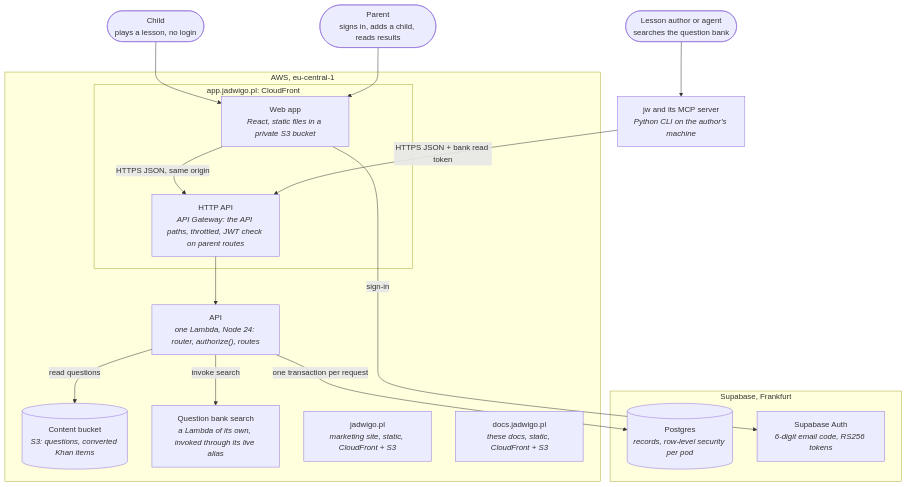
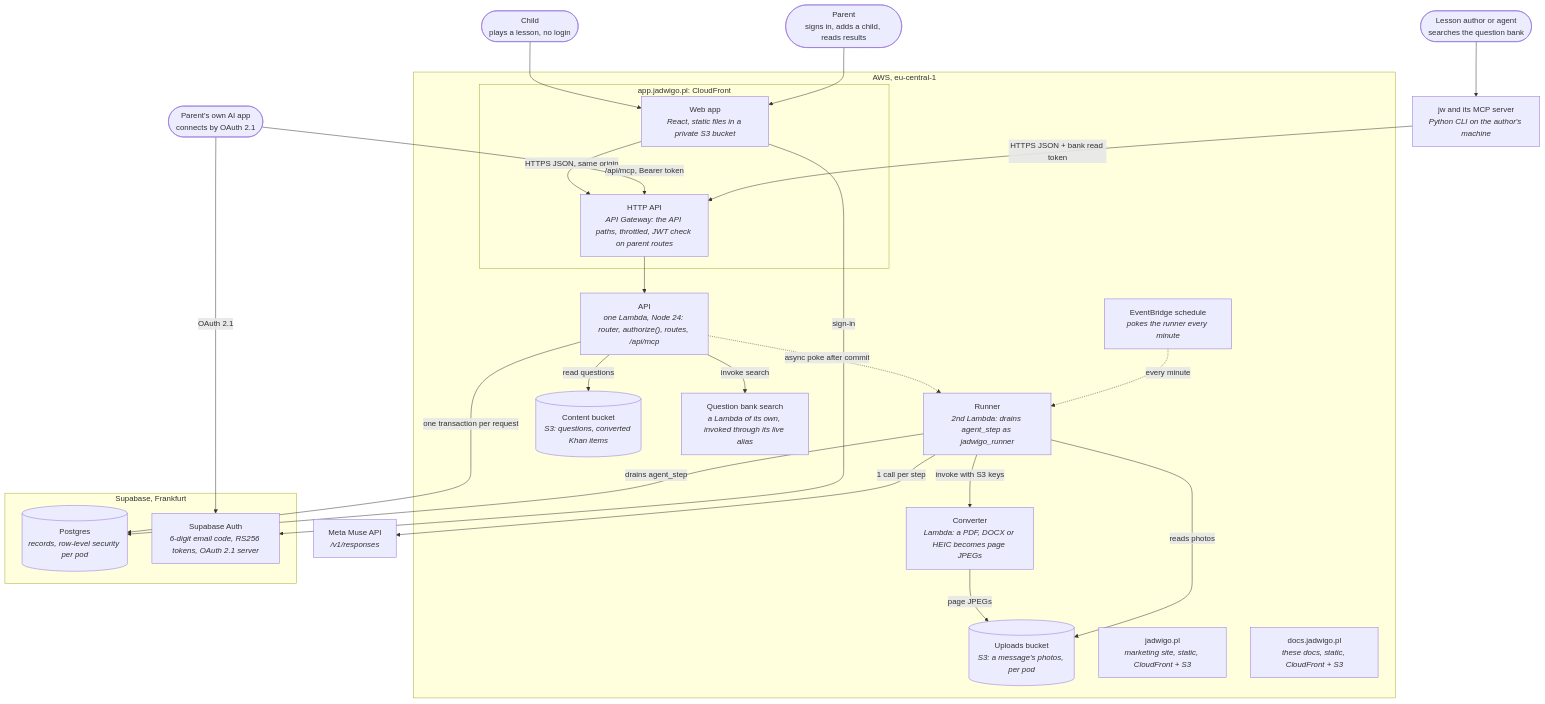
Before and after one commit to vasyl-stanislavchuk/jadwigo-hackathon: the diagram in apps/docs/src/lib/diagrams/containers.mmd, drawn with Mermaid. The commit also changed 8 other files, not shown here.

Commit message:
dl-5ssh.90.53.2: How it is built: architecture, the AI engine, building with agents, diagrams 4 and 12-15

```diff
--- a/apps/docs/src/lib/diagrams/containers.mmd
+++ b/apps/docs/src/lib/diagrams/containers.mmd
@@ -1,34 +1,49 @@
 flowchart TB
   child(["Child<br/>plays a lesson, no login"])
   parent(["Parent<br/>signs in, adds a child, reads results"])
+  aiapp(["Parent's own AI app<br/>connects by OAuth 2.1"])
   agent(["Lesson author or agent<br/>searches the question bank"])
 
   subgraph aws ["AWS, eu-central-1"]
     subgraph appHost ["app.jadwigo.pl: CloudFront"]
       web["Web app<br/><i>React, static files in a private S3 bucket</i>"]
       gateway["HTTP API<br/><i>API Gateway: the API paths, throttled, JWT check on parent routes</i>"]
     end
-    api["API<br/><i>one Lambda, Node 24: router, authorize(), routes</i>"]
+    api["API<br/><i>one Lambda, Node 24: router, authorize(), routes, /api/mcp</i>"]
+    runner["Runner<br/><i>2nd Lambda: drains agent_step as jadwigo_runner</i>"]
+    schedule["EventBridge schedule<br/><i>pokes the runner every minute</i>"]
+    converter["Converter<br/><i>Lambda: a PDF, DOCX or HEIC becomes page JPEGs</i>"]
+    uploads[("Uploads bucket<br/><i>S3: a message's photos, per pod</i>")]
     content[("Content bucket<br/><i>S3: questions, converted Khan items</i>")]
     bankFn["Question bank search<br/><i>a Lambda of its own, invoked through its live alias</i>"]
     site["jadwigo.pl<br/><i>marketing site, static, CloudFront + S3</i>"]
     docs["docs.jadwigo.pl<br/><i>these docs, static, CloudFront + S3</i>"]
   end
 
   subgraph supabase ["Supabase, Frankfurt"]
     db[("Postgres<br/><i>records, row-level security per pod</i>")]
-    auth["Supabase Auth<br/><i>6-digit email code, RS256 tokens</i>"]
+    auth["Supabase Auth<br/><i>6-digit email code, RS256 tokens, OAuth 2.1 server</i>"]
   end
 
+  muse["Meta Muse API<br/><i>/v1/responses</i>"]
   jw["jw and its MCP server<br/><i>Python CLI on the author's machine</i>"]
 
   child --> web
   parent --> web
   web -- "HTTPS JSON, same origin" --> gateway
   web -- "sign-in" --> auth
   gateway --> api
+  aiapp -- "/api/mcp, Bearer token" --> gateway
+  aiapp -- "OAuth 2.1" --> auth
   api -- "one transaction per request" --> db
   api -- "read questions" --> content
   api -- "invoke search" --> bankFn
+  api -. "async poke after commit" .-> runner
+  schedule -. "every minute" .-> runner
+  runner -- "drains agent_step" --> db
+  runner -- "invoke with S3 keys" --> converter
+  converter -- "page JPEGs" --> uploads
+  runner -- "reads photos" --> uploads
+  runner -- "1 call per step" --> muse
   agent --> jw
   jw -- "HTTPS JSON + bank read token" --> gateway
```
